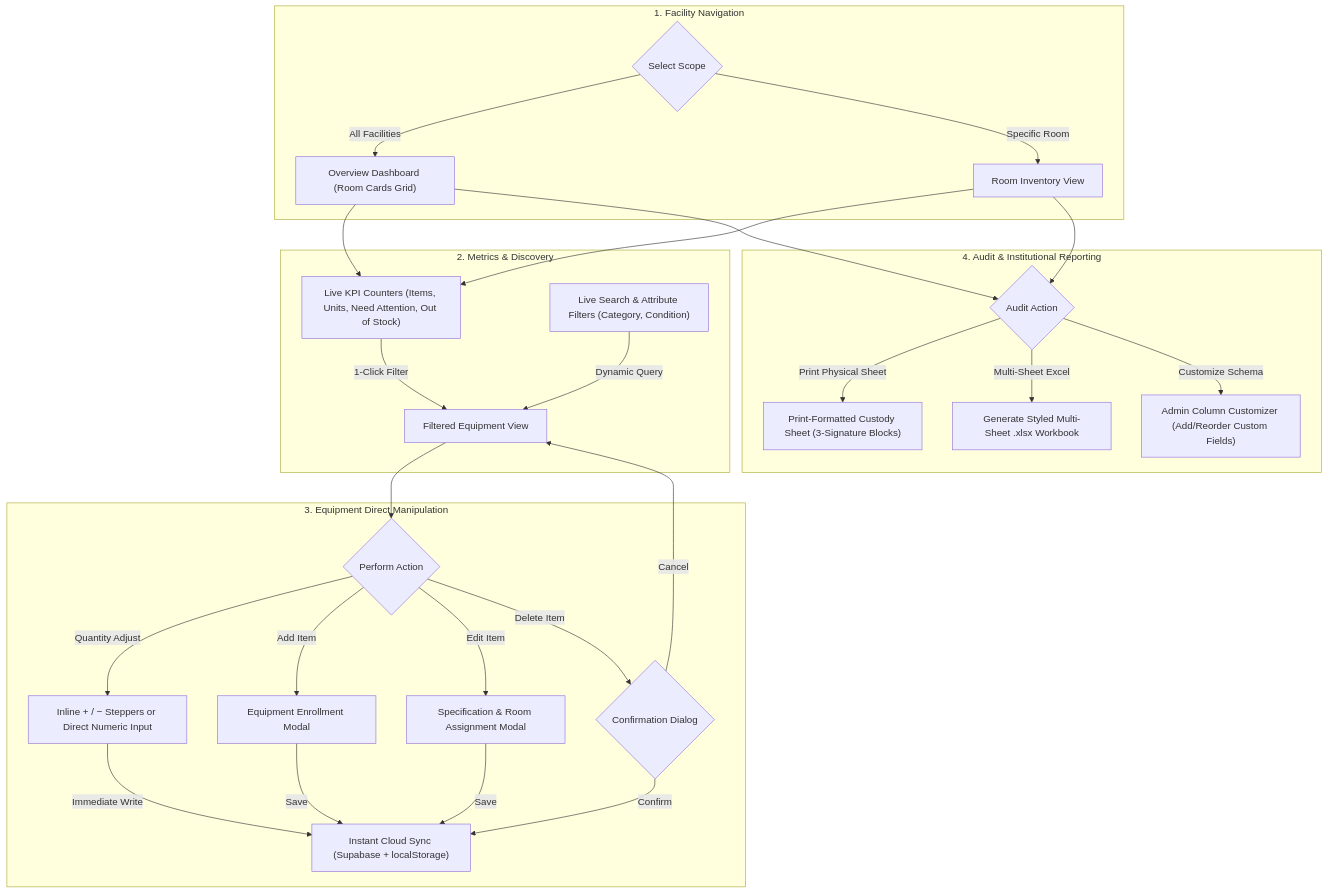
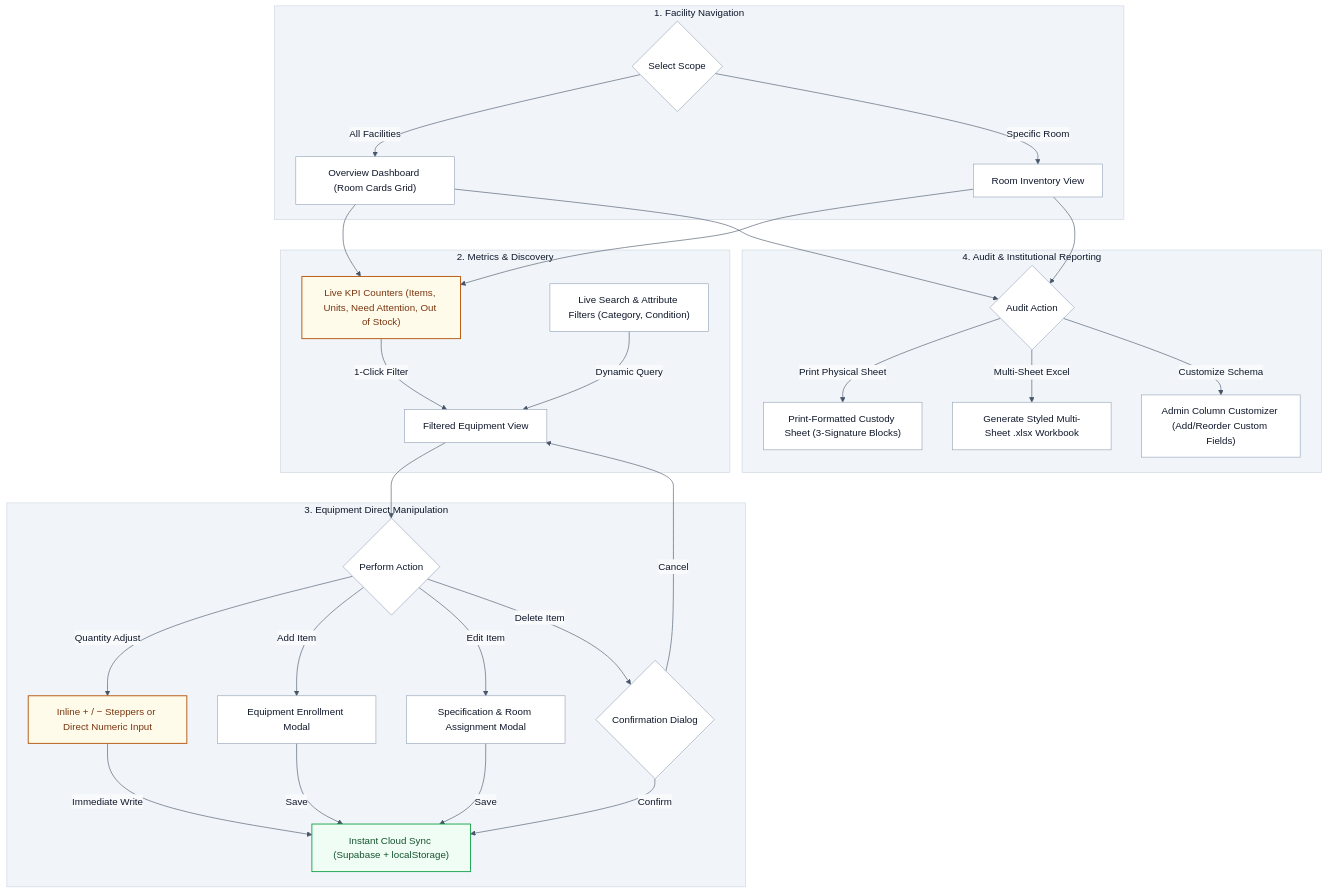
Before and after one commit to kai-zze/KM100-Stock: the third of 4 diagrams in docs/APP_FLOWCHART.md, drawn with Mermaid. The commit also changed other lines of this file, not shown here.

Commit message:
docs: style flowcharts with explicit high-contrast light mode theme

````diff
--- a/docs/APP_FLOWCHART.md
+++ b/docs/APP_FLOWCHART.md
@@ -94,46 +109,54 @@
 ```mermaid
+%%{init: {'theme': 'base', 'themeVariables': { 'darkMode': false, 'background': '#ffffff', 'primaryColor': '#ffffff', 'primaryBorderColor': '#94a3b8', 'primaryTextColor': '#0f172a', 'lineColor': '#475569', 'secondaryColor': '#f8fafc', 'secondaryBorderColor': '#cbd5e1', 'secondaryTextColor': '#0f172a', 'tertiaryColor': '#f1f5f9', 'tertiaryBorderColor': '#cbd5e1', 'tertiaryTextColor': '#0f172a' }}}%%
 flowchart TD
     subgraph FacilityNav["1. Facility Navigation"]
         Scope{"Select Scope"}
         Scope -->|All Facilities| MasterOverview["Overview Dashboard (Room Cards Grid)"]
         Scope -->|Specific Room| RoomView["Room Inventory View"]
     end
 
     subgraph MetricsAndFilters["2. Metrics & Discovery"]
         KPICards["Live KPI Counters (Items, Units, Need Attention, Out of Stock)"]
         SearchFilterBar["Live Search & Attribute Filters (Category, Condition)"]
-
+        
         MasterOverview --> KPICards
         RoomView --> KPICards
         KPICards -->|1-Click Filter| FilteredGrid["Filtered Equipment View"]
         SearchFilterBar -->|Dynamic Query| FilteredGrid
     end
 
     subgraph ItemOperations["3. Equipment Direct Manipulation"]
         FilteredGrid --> ActionChoice{"Perform Action"}
-
+        
         ActionChoice -->|Quantity Adjust| Steppers["Inline + / − Steppers or Direct Numeric Input"]
         Steppers -->|Immediate Write| CloudSync["Instant Cloud Sync (Supabase + localStorage)"]
 
         ActionChoice -->|Add Item| AddModal["Equipment Enrollment Modal"]
         AddModal -->|Save| CloudSync
 
         ActionChoice -->|Edit Item| EditModal["Specification & Room Assignment Modal"]
         EditModal -->|Save| CloudSync
 
         ActionChoice -->|Delete Item| ConfirmDelete{"Confirmation Dialog"}
         ConfirmDelete -->|Confirm| CloudSync
         ConfirmDelete -->|Cancel| FilteredGrid
     end
 
     subgraph Reporting["4. Audit & Institutional Reporting"]
         AuditActions{"Audit Action"}
-
+        
         AuditActions -->|Print Physical Sheet| PrintDialog["Print-Formatted Custody Sheet (3-Signature Blocks)"]
         AuditActions -->|Multi-Sheet Excel| ExcelEngine["Generate Styled Multi-Sheet .xlsx Workbook"]
         AuditActions -->|Customize Schema| SchemaModal["Admin Column Customizer (Add/Reorder Custom Fields)"]
     end
 
     RoomView --> AuditActions
     MasterOverview --> AuditActions
+
+    classDef default fill:#ffffff,stroke:#94a3b8,stroke-width:1px,color:#0f172a;
+    classDef amber fill:#fffbeb,stroke:#b45309,stroke-width:1.5px,color:#78350f;
+    classDef emerald fill:#f0fdf4,stroke:#16a34a,stroke-width:1.5px,color:#14532d;
+
+    class Steppers,KPICards amber;
+    class CloudSync emerald;
 ```
````
